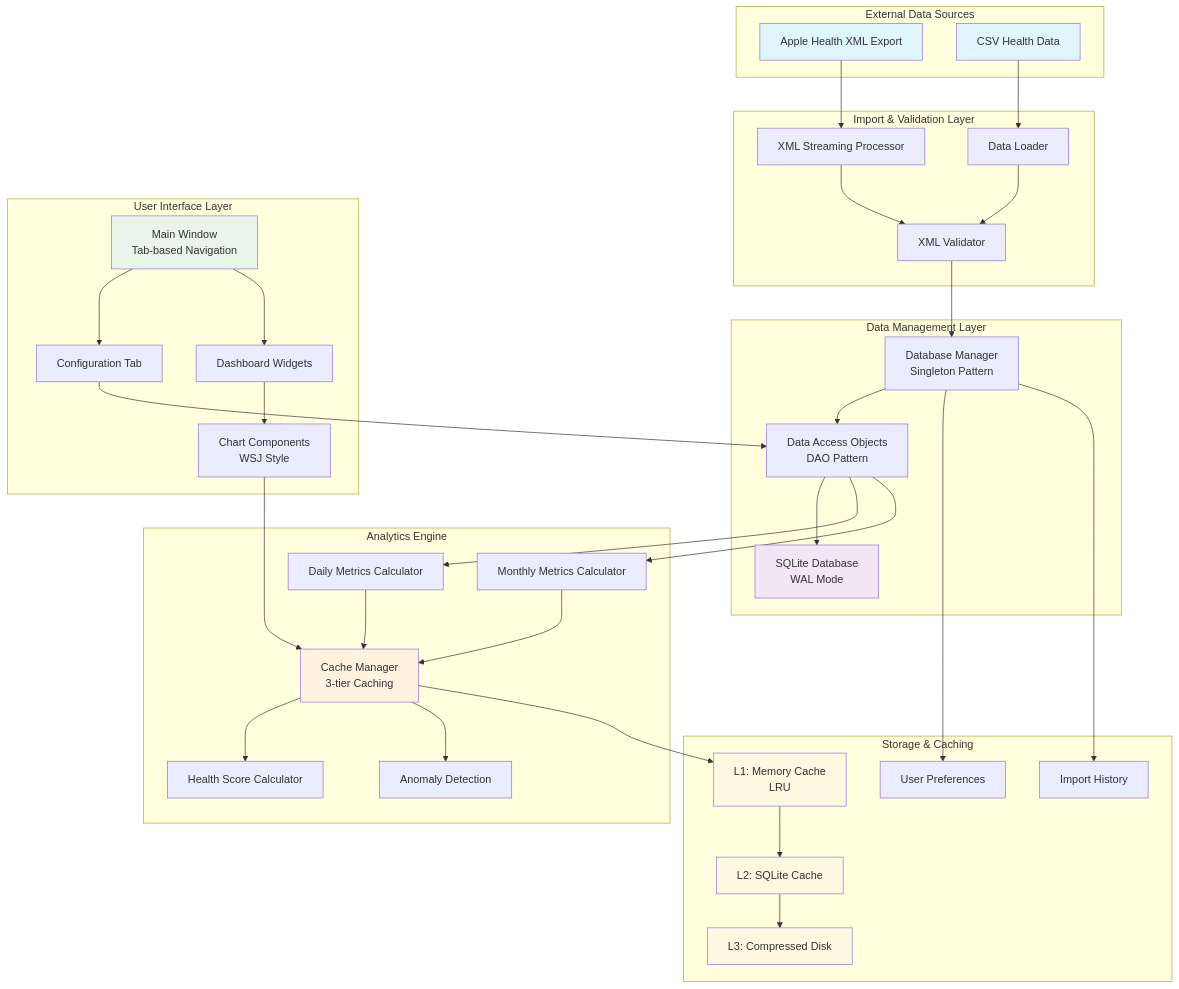
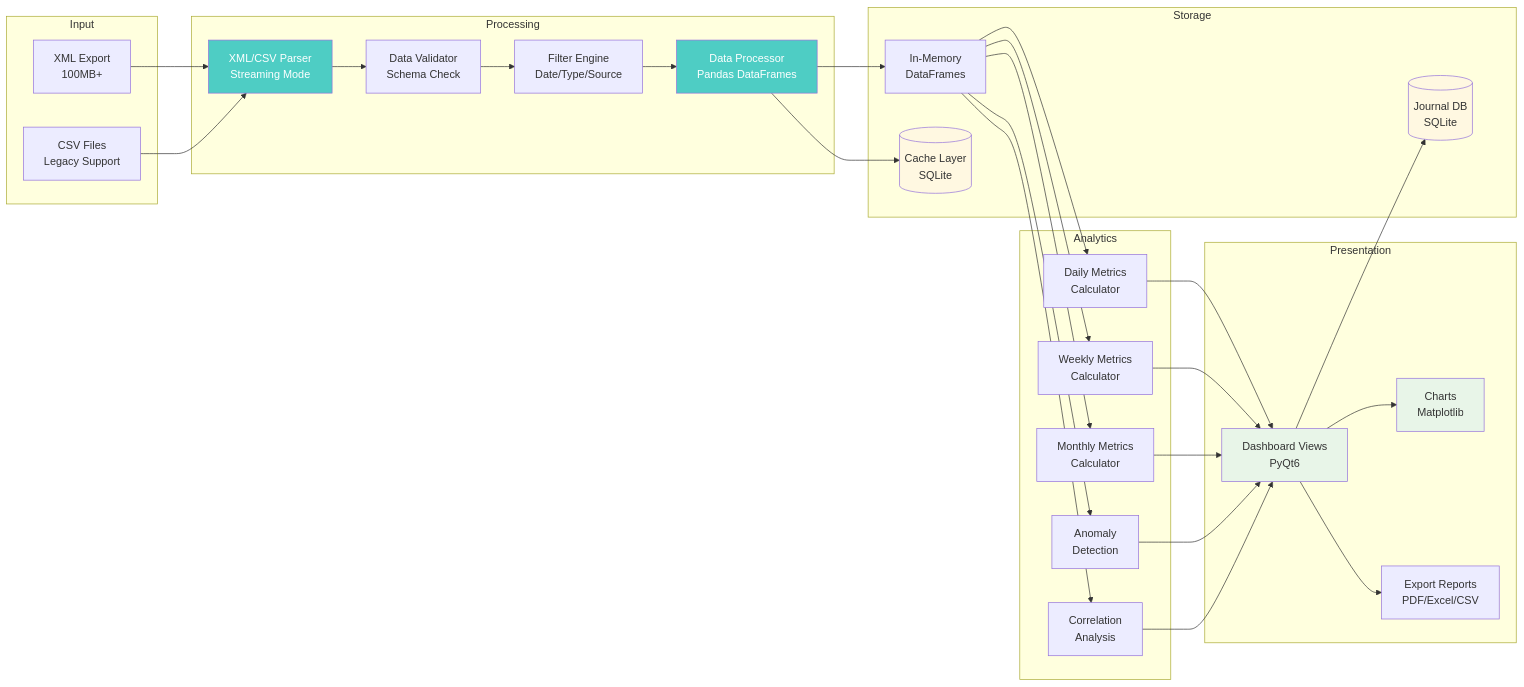
One commit to AlexFiliakov/iQuest changed the second of 3 diagrams in docs/architecture/context_diagram.md. Above: the diagram before and after it, drawn with Mermaid. The commit also changed other lines of this file and 7 other files, not shown here.

First line of the commit message:
docs: add comprehensive mermaid architecture diagrams

````diff
--- a/docs/architecture/context_diagram.md
+++ b/docs/architecture/context_diagram.md
@@ -37,87 +42,67 @@
 ```mermaid
-flowchart TD
-    subgraph "External Data Sources"
-        A[Apple Health XML Export]
-        B[CSV Health Data]
+flowchart LR
+    subgraph Input
+        XML[XML Export<br/>100MB+]
+        CSV[CSV Files<br/>Legacy Support]
     end
     
-    subgraph "Import & Validation Layer"
-        C[XML Streaming Processor]
-        D[Data Loader]
-        E[XML Validator]
+    subgraph Processing
+        Parser[XML/CSV Parser<br/>Streaming Mode]
+        Validator[Data Validator<br/>Schema Check]
+        Filter[Filter Engine<br/>Date/Type/Source]
+        Processor[Data Processor<br/>Pandas DataFrames]
     end
     
-    subgraph "Data Management Layer"
-        F[Database Manager<br/>Singleton Pattern]
-        G[Data Access Objects<br/>DAO Pattern]
-        H[SQLite Database<br/>WAL Mode]
+    subgraph Storage
+        Memory[In-Memory<br/>DataFrames]
+        Cache[(Cache Layer<br/>SQLite)]
+        Journal[(Journal DB<br/>SQLite)]
     end
     
-    subgraph "Analytics Engine"
-        I[Daily Metrics Calculator]
-        J[Monthly Metrics Calculator]
-        K[Cache Manager<br/>3-tier Caching]
-        L[Health Score Calculator]
-        M[Anomaly Detection]
+    subgraph Analytics
+        Daily[Daily Metrics<br/>Calculator]
+        Weekly[Weekly Metrics<br/>Calculator]
+        Monthly[Monthly Metrics<br/>Calculator]
+        Anomaly[Anomaly<br/>Detection]
+        Correlation[Correlation<br/>Analysis]
     end
     
-    subgraph "User Interface Layer"
-        N[Main Window<br/>Tab-based Navigation]
-        O[Configuration Tab]
-        P[Dashboard Widgets]
-        Q[Chart Components<br/>WSJ Style]
+    subgraph Presentation
+        Dashboard[Dashboard Views<br/>PyQt6]
+        Charts[Charts<br/>Matplotlib]
+        Reports[Export Reports<br/>PDF/Excel/CSV]
     end
     
-    subgraph "Storage & Caching"
-        R[L1: Memory Cache<br/>LRU]
-        S[L2: SQLite Cache]
-        T[L3: Compressed Disk]
-        U[User Preferences]
-        V[Import History]
-    end
+    %% Data flow connections
+    XML --> Parser
+    CSV --> Parser
+    Parser --> Validator
+    Validator --> Filter
+    Filter --> Processor
+    Processor --> Memory
+    Processor --> Cache
     
-    %% Data import flow
-    A --> C
-    B --> D
-    C --> E
-    D --> E
-    E --> F
+    Memory --> Daily
+    Memory --> Weekly  
+    Memory --> Monthly
+    Memory --> Anomaly
+    Memory --> Correlation
     
-    %% Database operations
-    F --> G
-    G --> H
+    Daily --> Dashboard
+    Weekly --> Dashboard
+    Monthly --> Dashboard
+    Anomaly --> Dashboard
+    Correlation --> Dashboard
     
-    %% Analytics processing
-    G --> I
-    G --> J
-    I --> K
-    J --> K
-    K --> L
-    K --> M
-    
-    %% Caching strategy
-    K --> R
-    R --> S
-    S --> T
-    
-    %% UI interactions
-    N --> O
-    N --> P
-    P --> Q
-    O --> G
-    Q --> K
-    
-    %% Configuration storage
-    F --> U
-    F --> V
+    Dashboard --> Charts
+    Dashboard --> Reports
+    Dashboard --> Journal
     
     %% Styling
-    style A fill:#e1f5fe
-    style B fill:#e1f5fe
-    style H fill:#f3e5f5
-    style K fill:#fff3e0
-    style N fill:#e8f5e8
-    style R fill:#fff8e1
-    style S fill:#fff8e1
-    style T fill:#fff8e1
+    style Parser fill:#4ecdc4,color:#fff
+    style Processor fill:#4ecdc4,color:#fff
+    style Dashboard fill:#e8f5e8
+    style Charts fill:#e8f5e8
+    style Cache fill:#fff8e1
+    style Journal fill:#fff8e1
 ```
````
